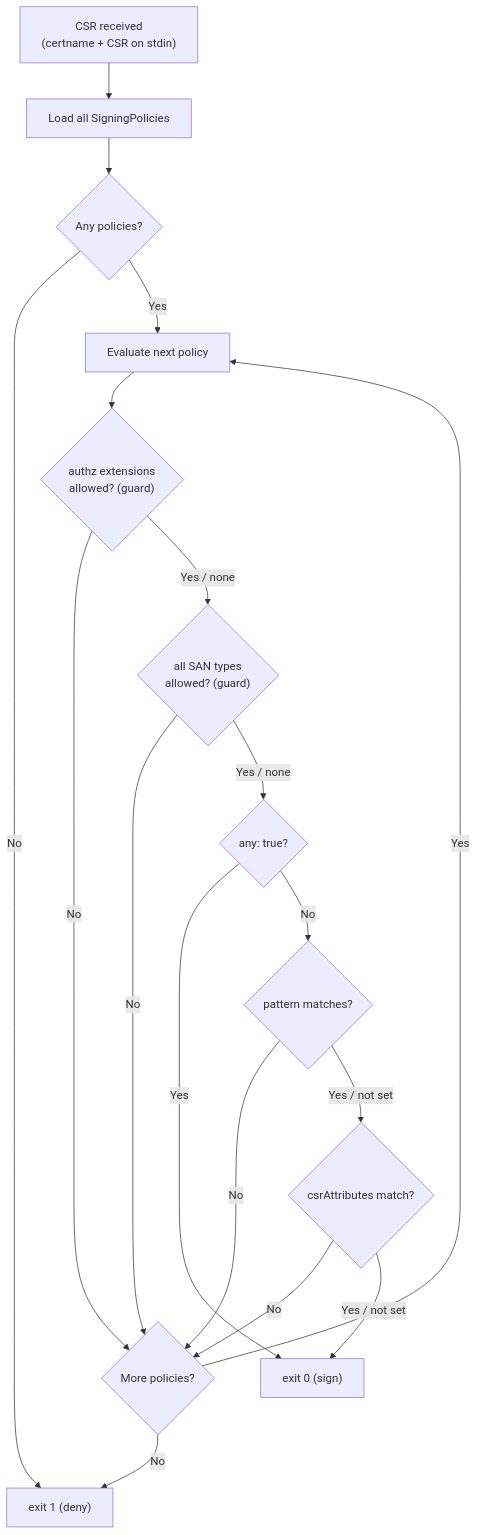
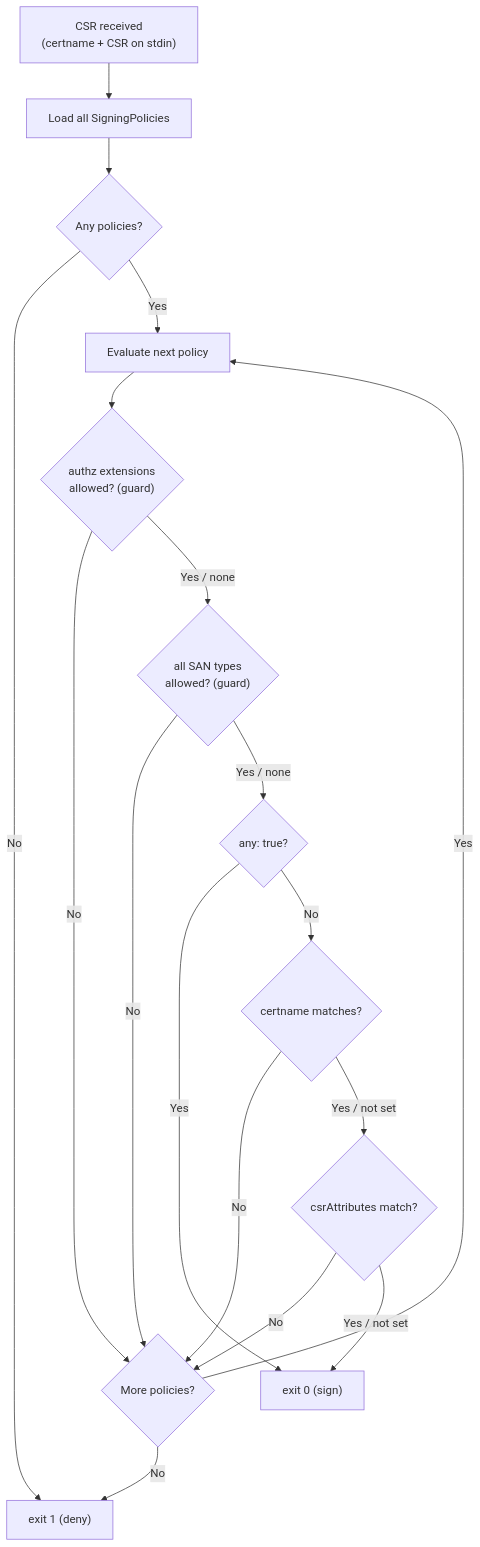
Before and after one commit to slauger/openvox-operator: the diagram in docs/reference/signingpolicy.md, drawn with Mermaid. The commit also changed other lines of this file and 13 other files, not shown here.

````diff
--- a/docs/reference/signingpolicy.md
+++ b/docs/reference/signingpolicy.md
@@ -207,27 +207,27 @@
 ```mermaid
 flowchart TD
     Start["CSR received<br/>(certname + CSR on stdin)"] --> Load["Load all SigningPolicies"]
     Load --> Any{"Any policies?"}
     Any -->|No| Deny
 
     Any -->|Yes| Loop["Evaluate next policy"]
     Loop --> CheckExt{"authz extensions<br/>allowed? (guard)"}
     CheckExt -->|No| Next
     CheckExt -->|Yes / none| CheckSAN{"all SAN types<br/>allowed? (guard)"}
     CheckSAN -->|No| Next
 
     CheckSAN -->|Yes / none| CheckAny{"any: true?"}
     CheckAny -->|Yes| Sign
 
-    CheckAny -->|No| CheckPattern{"pattern matches?"}
+    CheckAny -->|No| CheckPattern{"certname matches?"}
     CheckPattern -->|No| Next
     CheckPattern -->|Yes / not set| CheckCSR{"csrAttributes match?"}
     CheckCSR -->|No| Next
     CheckCSR -->|Yes / not set| Sign
 
     Next{"More policies?"} -->|Yes| Loop
     Next -->|No| Deny
 
     Sign["exit 0 (sign)"]
     Deny["exit 1 (deny)"]
 ```
````
